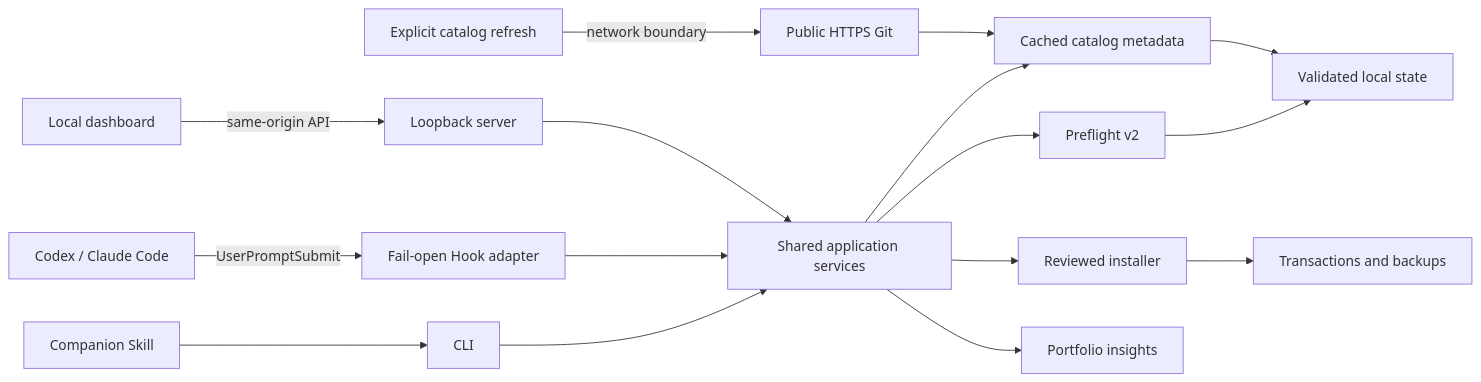
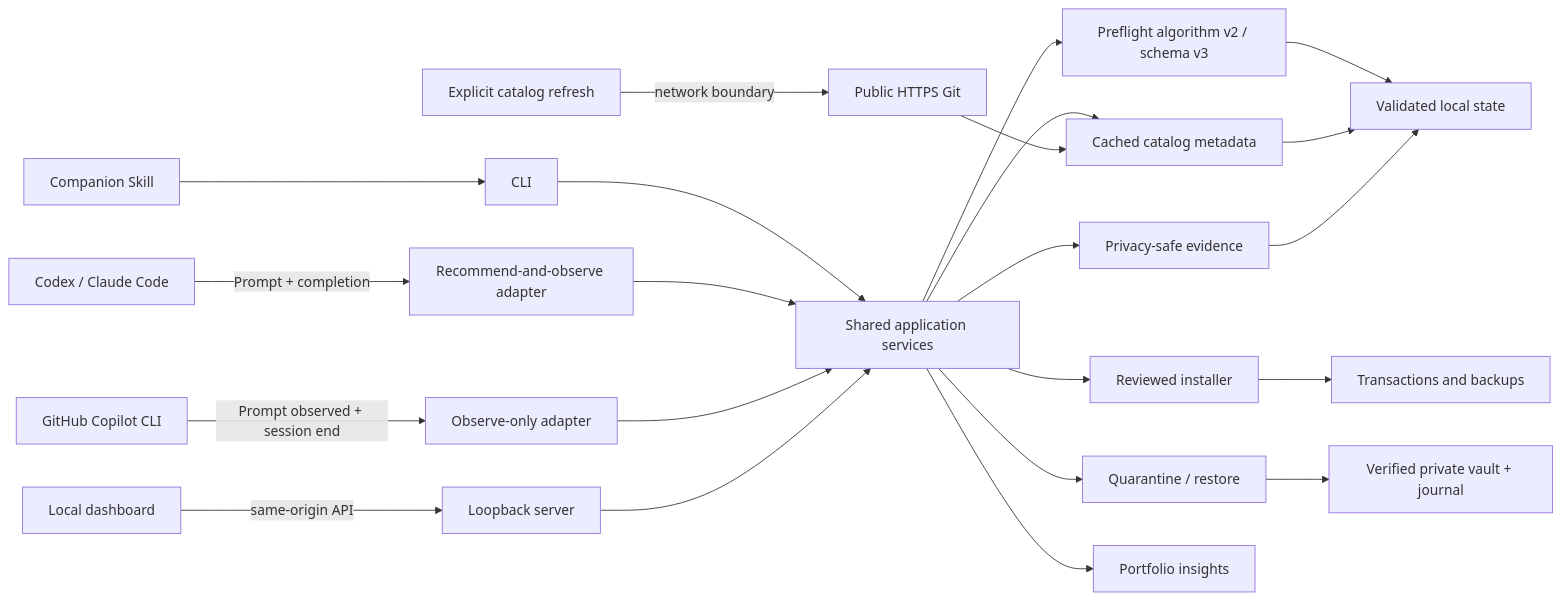
The diagram in docs/architecture.md (CongBao/skill-steward), drawn with Mermaid before and after one commit. The commit also changed other lines of this file and 6 other files, not shown here.

Commit message:
docs: explain evidence and reversible governance

````diff
--- a/docs/architecture.md
+++ b/docs/architecture.md
@@ -5,18 +5,24 @@
 ```mermaid
 flowchart LR
-  Harness[Codex / Claude Code] -->|UserPromptSubmit| Hook[Fail-open Hook adapter]
+  Harness[Codex / Claude Code] -->|Prompt + completion| Hook[Recommend-and-observe adapter]
+  Copilot[GitHub Copilot CLI] -->|Prompt observed + session end| Observe[Observe-only adapter]
   Companion[Companion Skill] --> CLI[CLI]
   Browser[Local dashboard] -->|same-origin API| Server[Loopback server]
   CLI --> Services[Shared application services]
   Hook --> Services
+  Observe --> Services
   Server --> Services
-  Services --> Preflight[Preflight v2]
+  Services --> Preflight[Preflight algorithm v2 / schema v3]
   Services --> Catalog[Cached catalog metadata]
   Services --> Installer[Reviewed installer]
+  Services --> Evidence[Privacy-safe evidence]
+  Services --> Governance[Quarantine / restore]
   Services --> Insights[Portfolio insights]
   Preflight --> Store[Validated local state]
   Catalog --> Store
   Installer --> Journal[Transactions and backups]
+  Evidence --> Store
+  Governance --> Vault[Verified private vault + journal]
   Refresh[Explicit catalog refresh] -->|network boundary| PublicGit[Public HTTPS Git]
   PublicGit --> Catalog
 ```
````
